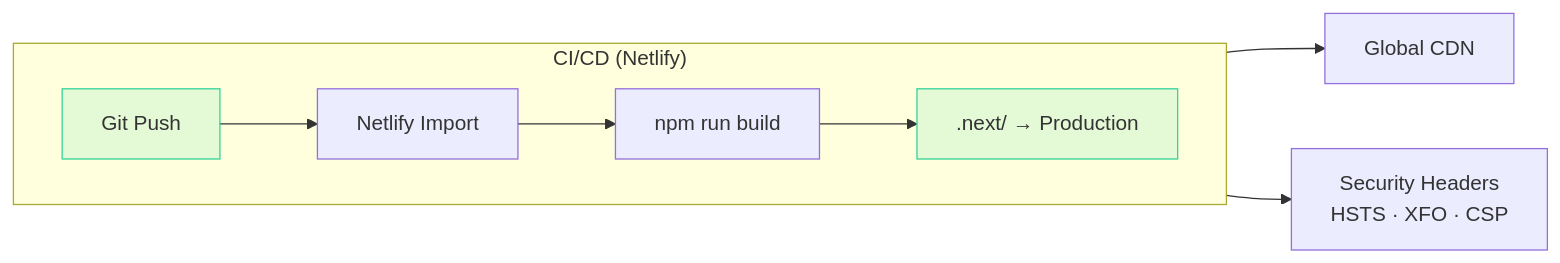
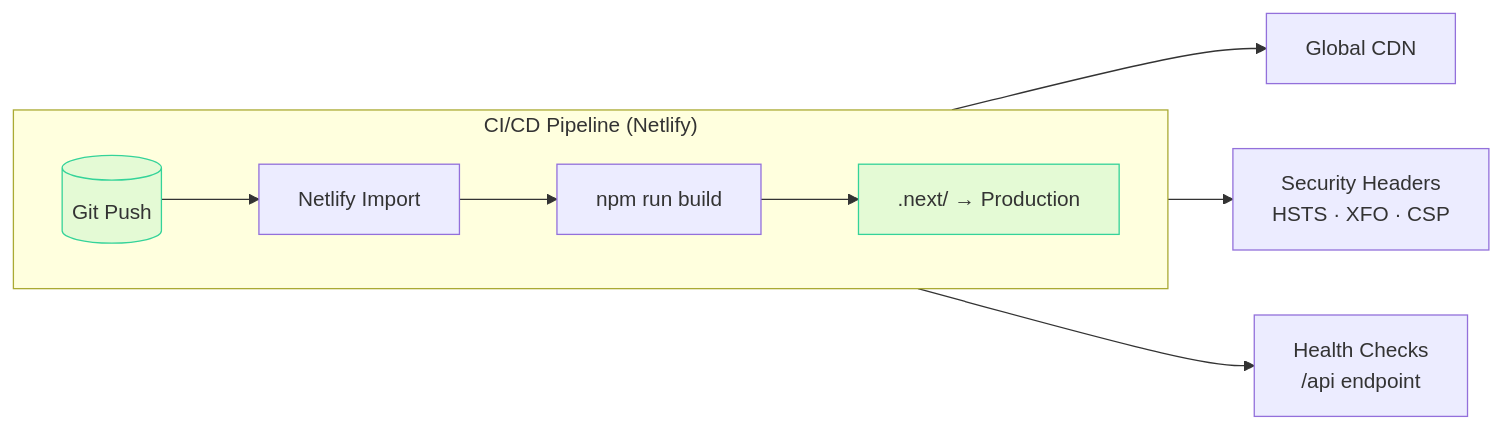
One commit to rbkhan007/Frontend-Task-X-AI-Product-Experience-Prototype- changed the eighth of 8 diagrams in README.md. Above: the diagram before and after it, drawn with Mermaid. The commit also changed other lines of this file and 2 other files, not shown here.

Commit message:
Fix favicon (valid ICO), fix README logo URL, update Mermaid diagrams with compatible syntax

````diff
--- a/README.md
+++ b/README.md
@@ -427,15 +434,16 @@
 ```mermaid
 flowchart LR
-    subgraph CI["CI/CD (Netlify)"]
+    subgraph CI["CI/CD Pipeline (Netlify)"]
         direction LR
-        GH[Git Push] --> NF[Netlify Import]
-        NF --> Build[npm run build]
-        Build --> Deploy[.next/ → Production]
+        GH[("Git Push")] --> NF["Netlify Import"]
+        NF --> Build["npm run build"]
+        Build --> Deploy[".next/ → Production"]
     end
 
-    Deploy --> CDN[Global CDN]
-    Deploy --> HDR[Security Headers<br/>HSTS · XFO · CSP]
+    Deploy --> CDN["Global CDN"]
+    Deploy --> HDR["Security Headers<br/>HSTS · XFO · CSP"]
+    Deploy --> Monitor["Health Checks<br/>/api endpoint"]
 
-    style GH fill:#34d39922,stroke:#34d399
-    style Deploy fill:#34d39922,stroke:#34d399
+    style GH fill:#34d399,fill-opacity:.13,stroke:#34d399
+    style Deploy fill:#34d399,fill-opacity:.13,stroke:#34d399
 ```
````
